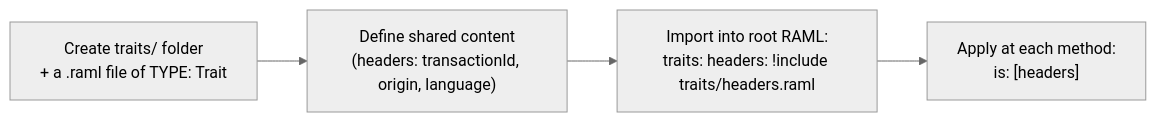
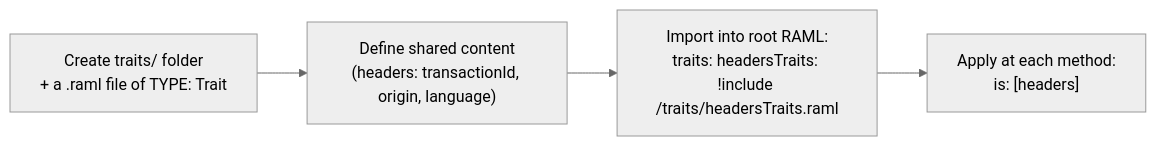
The third of 7 diagrams in detailed-notes/day25.md (developerashok99/green-c-mule-notes), drawn with Mermaid (neutral theme) before and after one commit. The commit also changed other lines of this file and 1 other file, not shown here.

Commit message:
Day 25: video-verified notes
Use the class names: traits/headersTraits.raml, headersTraits, the full
types list, fragment common-headers-fragment (businessHeadersTraits.raml)
v1.0.1 under exchange_modules.

````diff
--- a/detailed-notes/day25.md
+++ b/detailed-notes/day25.md
@@ -33,6 +35,6 @@
 ```mermaid
 flowchart LR
     Create["Create traits/ folder<br/>+ a .raml file of TYPE: Trait"] --> Define["Define shared content<br/>(headers: transactionId, origin, language)"]
-    Define --> Import["Import into root RAML:<br/>traits: headers: !include traits/headers.raml"]
+    Define --> Import["Import into root RAML:<br/>traits: headersTraits: !include /traits/headersTraits.raml"]
     Import --> Apply["Apply at each method:<br/>is: [headers]"]
 ```
````
